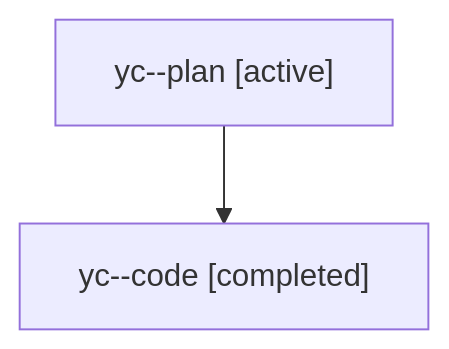
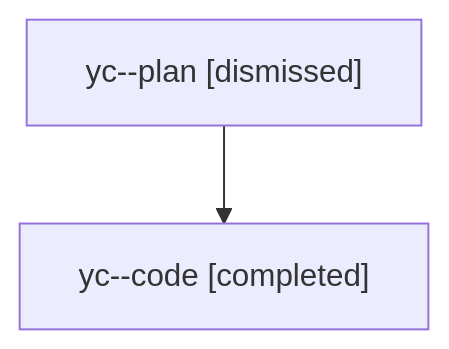
Before and after one commit to sase-org/sase--agents: the diagram in sessions/bbugyi200.athena.yc.md, drawn with Mermaid. The commit also changed other lines of this file and 23 other files, not shown here.

````diff
--- a/sessions/bbugyi200.athena.yc.md
+++ b/sessions/bbugyi200.athena.yc.md
@@ -9,6 +9,6 @@
 ```mermaid
 flowchart TD
-  n0["yc--plan [active]"]
+  n0["yc--plan [dismissed]"]
   n1["yc--code [completed]"]
   n0 --> n1
 ```
````
